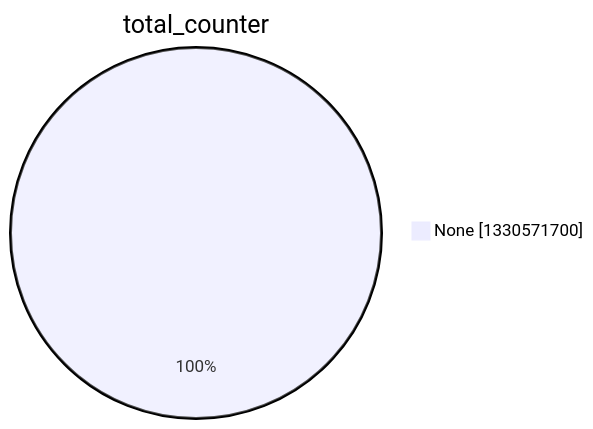
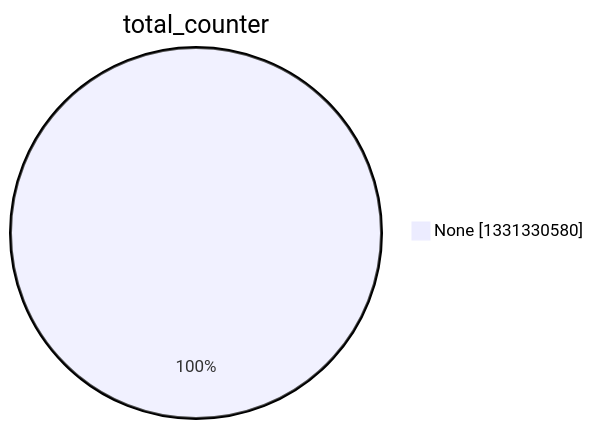
One commit to christiankrug/ctmonitor_visualization changed the second of 15 diagrams in argon2022/README.md. Above: the diagram before and after it, drawn with Mermaid. The commit also changed other lines of this file, not shown here.

````diff
--- a/argon2022/README.md
+++ b/argon2022/README.md
@@ -9,5 +9,5 @@
 ```mermaid
 pie showData
 title total_counter
-"None" :1330571700
+"None" :1331330580
 ```
````
